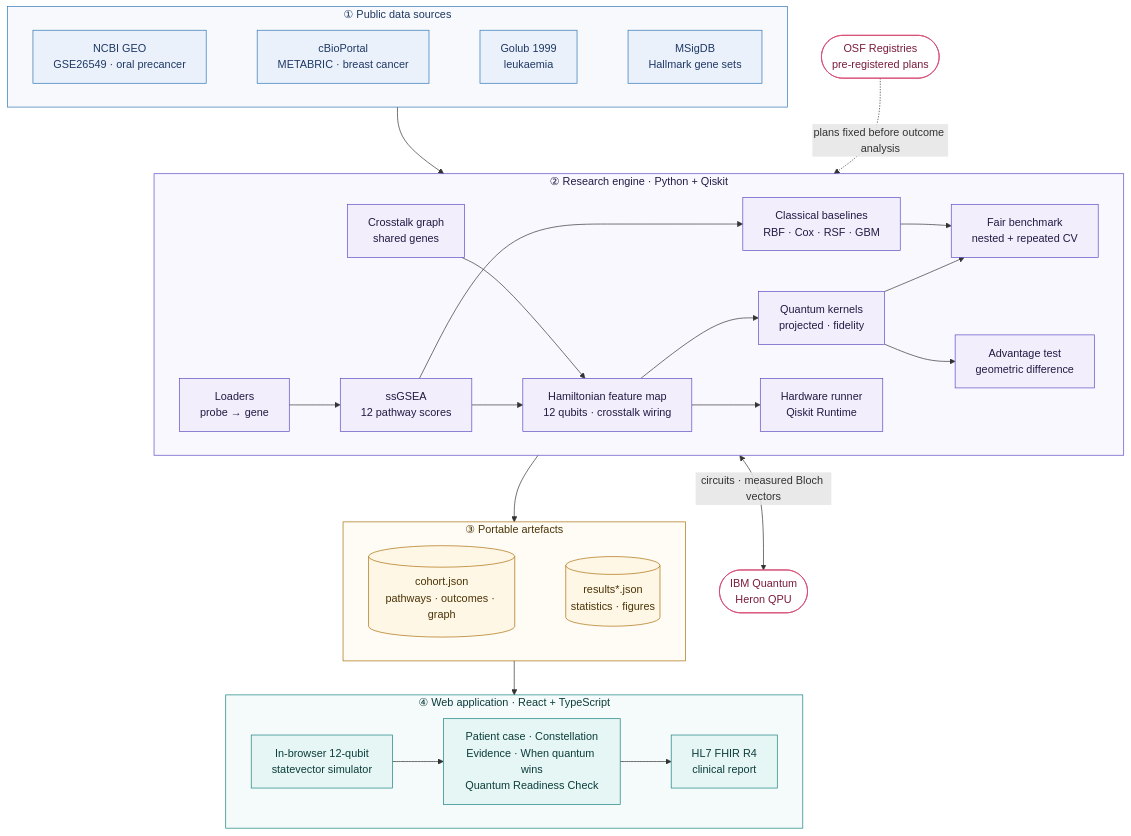
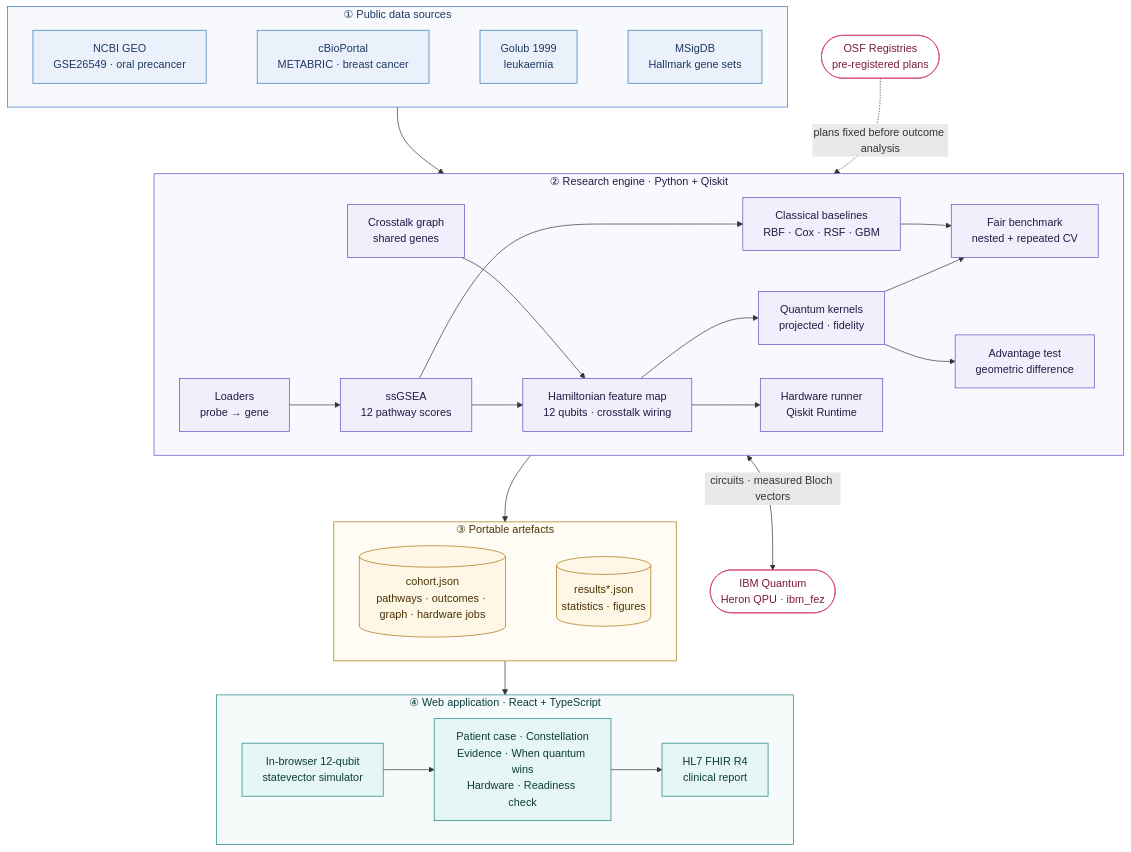
One commit to VijayaY836/Sanket changed the first of 2 diagrams in README.md. Above: the diagram before and after it, drawn with Mermaid. The commit also changed other lines of this file and 24 other files, not shown here.

````diff
--- a/README.md
+++ b/README.md
@@ -78,61 +250,61 @@
 ```mermaid
 flowchart TB
     subgraph SRC["① Public data sources"]
         direction LR
         GEO["NCBI GEO<br/>GSE26549 · oral precancer"]
         CBP["cBioPortal<br/>METABRIC · breast cancer"]
         GOL["Golub 1999<br/>leukaemia"]
         MSIG["MSigDB<br/>Hallmark gene sets"]
         GEO ~~~ CBP ~~~ GOL ~~~ MSIG
     end
 
     subgraph ENG["② Research engine · Python + Qiskit"]
         direction LR
         LOAD["Loaders<br/>probe → gene"] --> SSG["ssGSEA<br/>12 pathway scores"]
         SSG --> FM["Hamiltonian feature map<br/>12 qubits · crosstalk wiring"]
         XT["Crosstalk graph<br/>shared genes"] --> FM
         FM --> KER["Quantum kernels<br/>projected · fidelity"]
         SSG --> CLS["Classical baselines<br/>RBF · Cox · RSF · GBM"]
         KER --> BEN["Fair benchmark<br/>nested + repeated CV"]
         CLS --> BEN
         KER --> ADV["Advantage test<br/>geometric difference"]
         FM --> HW["Hardware runner<br/>Qiskit Runtime"]
     end
 
     subgraph OUT["③ Portable artefacts"]
         direction LR
-        COH[("cohort.json<br/>pathways · outcomes · graph")]
+        COH[("cohort.json<br/>pathways · outcomes · graph · hardware jobs")]
         RES[("results*.json<br/>statistics · figures")]
         COH ~~~ RES
     end
 
     subgraph APP["④ Web application · React + TypeScript"]
         direction LR
-        SIM["In-browser 12-qubit<br/>statevector simulator"] --> VIEWS["Patient case · Constellation<br/>Evidence · When quantum wins<br/>Quantum Readiness Check"]
+        SIM["In-browser 12-qubit<br/>statevector simulator"] --> VIEWS["Patient case · Constellation<br/>Evidence · When quantum wins<br/>Hardware · Readiness check"]
         VIEWS --> FHIR["HL7 FHIR R4<br/>clinical report"]
     end
 
-    IBM(["IBM Quantum<br/>Heron QPU"])
+    IBM(["IBM Quantum<br/>Heron QPU · ibm_fez"])
     OSF(["OSF Registries<br/>pre-registered plans"])
 
     SRC --> ENG
     ENG --> OUT
     OUT --> APP
     ENG <-- "circuits · measured Bloch vectors" --> IBM
     OSF -. "plans fixed before outcome analysis" .-> ENG
 
     classDef src fill:#eaf1fb,stroke:#2e75b6,color:#1f3864
     classDef eng fill:#f3eefb,stroke:#5b4bc4,color:#211b45
     classDef out fill:#fff7e6,stroke:#a86e0a,color:#4a3405
     classDef app fill:#e6f6f4,stroke:#13807e,color:#0b3d3c
     classDef ext fill:#ffffff,stroke:#d4436e,color:#7a1c3a
     class GEO,CBP,GOL,MSIG src
     class LOAD,SSG,XT,FM,KER,CLS,BEN,ADV,HW eng
     class COH,RES out
     class SIM,VIEWS,FHIR app
     class IBM,OSF ext
     style SRC fill:#f7f9fc,stroke:#2e75b6,stroke-width:1px,color:#1f3864
     style ENG fill:#faf8ff,stroke:#5b4bc4,stroke-width:1px,color:#211b45
     style OUT fill:#fffcf5,stroke:#a86e0a,stroke-width:1px,color:#4a3405
     style APP fill:#f5fbfa,stroke:#13807e,stroke-width:1px,color:#0b3d3c
 ```
````
